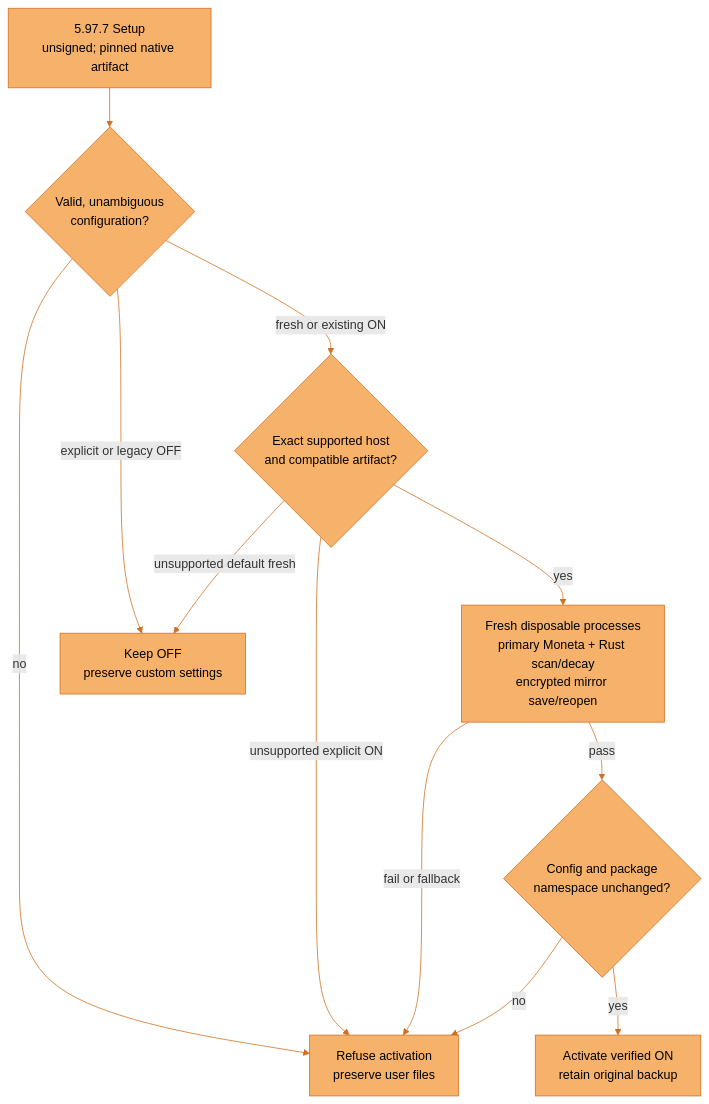
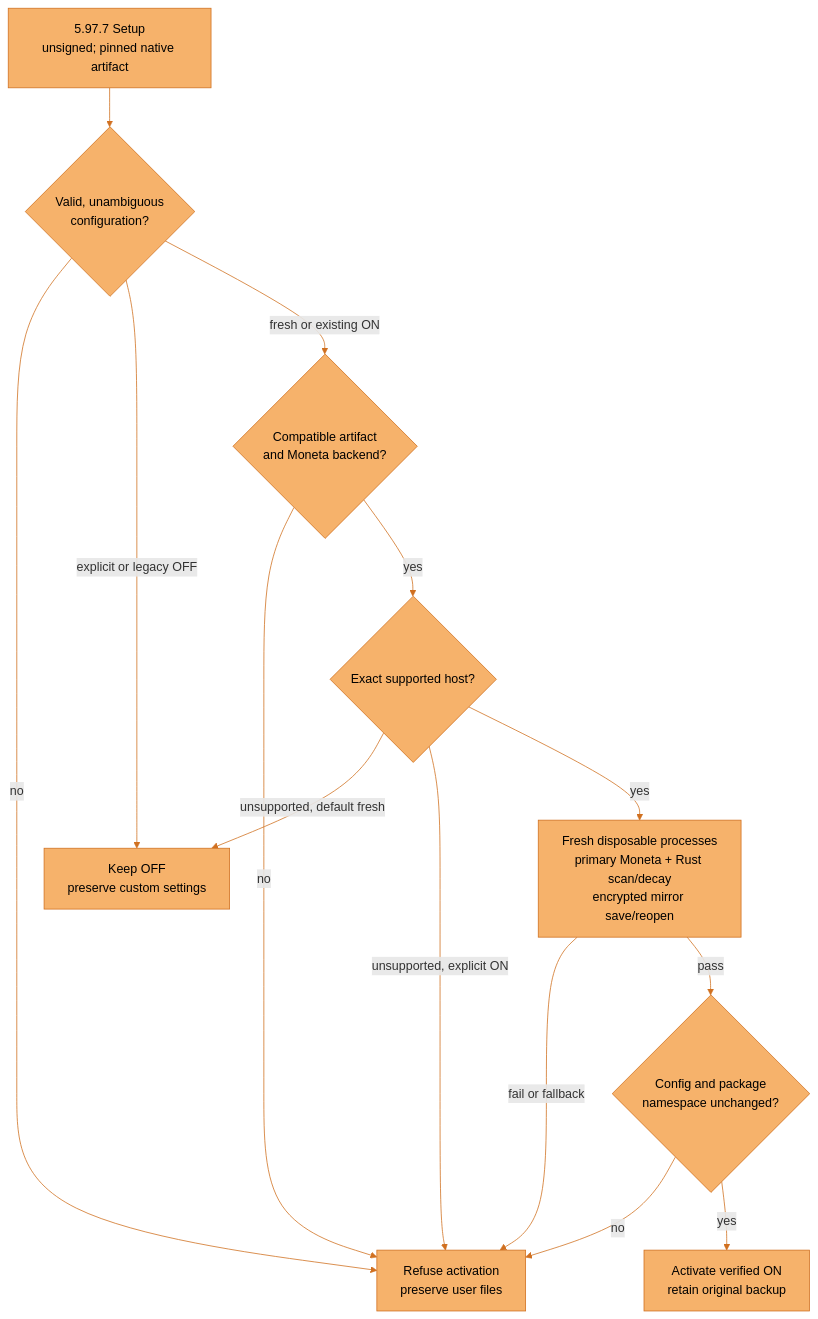
One commit to JosephOIbrahim/Synapse changed the first of 11 diagrams in docs/architecture/overview.md. Above: the diagram before and after it, drawn with Mermaid. The commit also changed other lines of this file and 10 other files, not shown here.

````diff
--- a/docs/architecture/overview.md
+++ b/docs/architecture/overview.md
@@ -12,18 +12,20 @@
 ```mermaid
 flowchart TD
     accTitle: Native activation preserves choices and requires real execution
-    accDescr: Setup validates and snapshots the configuration. Explicit OFF and legacy default OFF stay OFF. Fresh supported hosts and existing ON setups need a pinned compatible artifact and actual disposable Moneta scan, decay and encrypted mirror reopen. Failure preserves registration. Configuration or namespace edits refuse activation. Default fresh hosts without explicit ON stay OFF when unsupported; explicit ON refuses when qualification is unavailable.
+    accDescr: Setup validates and snapshots the configuration. Explicit OFF and legacy default OFF stay OFF. Fresh supported hosts and existing ON setups need a pinned compatible artifact and actual disposable Moneta scan, decay and encrypted mirror reopen. Failure preserves registration. Configuration or namespace edits refuse activation. An incompatible artifact, or a primary backend that is not Moneta, refuses activation whatever the choice was made. An unsupported host keeps a default-fresh install OFF and refuses an explicit ON.
     S["5.97.7 Setup<br/>unsigned; pinned native artifact"] --> V{"Valid, unambiguous<br/>configuration?"}
     V -->|"no"| B["Refuse activation<br/>preserve user files"]
     V -->|"explicit or legacy OFF"| O["Keep OFF<br/>preserve custom settings"]
-    V -->|"fresh or existing ON"| H{"Exact supported host<br/>and compatible artifact?"}
-    H -->|"unsupported default fresh"| O
-    H -->|"unsupported explicit ON"| B
-    H -->|"yes"| E["Fresh disposable processes<br/>primary Moneta + Rust scan/decay<br/>encrypted mirror save/reopen"]
+    V -->|"fresh or existing ON"| H{"Compatible artifact<br/>and Moneta backend?"}
+    H -->|"no"| B
+    H -->|"yes"| S2{"Exact supported host?"}
+    S2 -->|"unsupported, default fresh"| O
+    S2 -->|"unsupported, explicit ON"| B
+    S2 -->|"yes"| E["Fresh disposable processes<br/>primary Moneta + Rust scan/decay<br/>encrypted mirror save/reopen"]
     E -->|"fail or fallback"| B
     E -->|"pass"| C{"Config and package<br/>namespace unchanged?"}
     C -->|"no"| B
     C -->|"yes"| A["Activate verified ON<br/>retain original backup"]
     classDef default fill:#F6B26B,stroke:#D07020,color:#000000
     linkStyle default stroke:#D07020,fill:none
 ```
````
